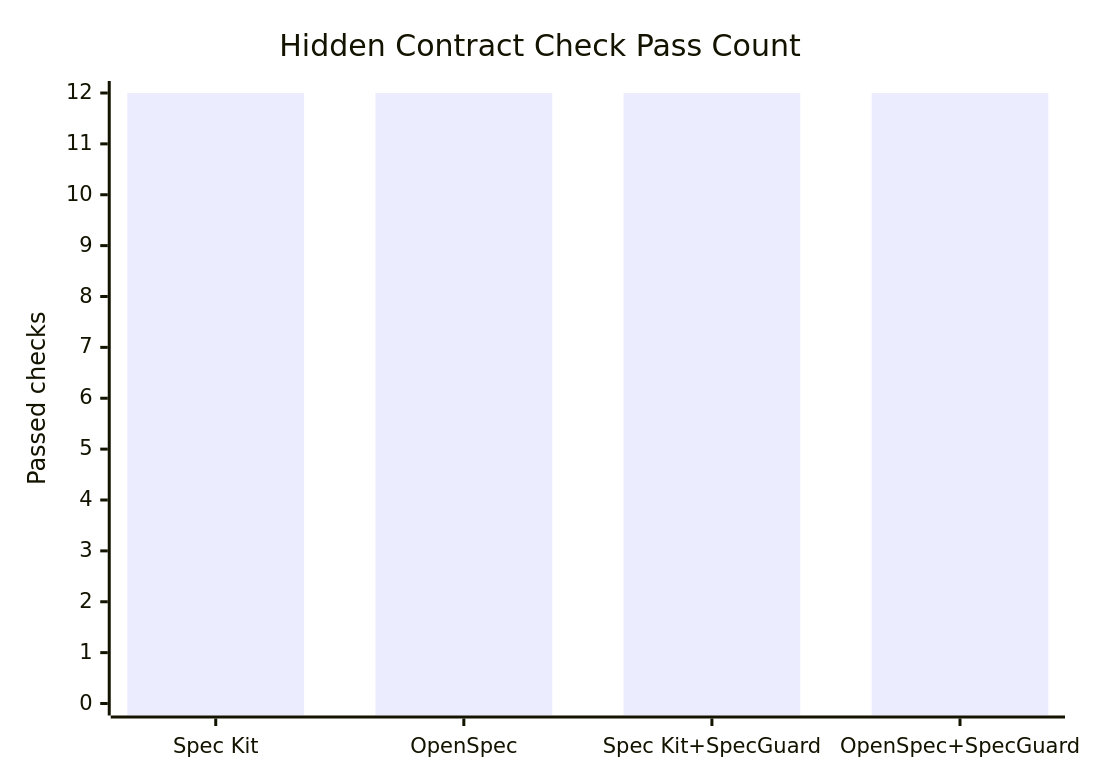
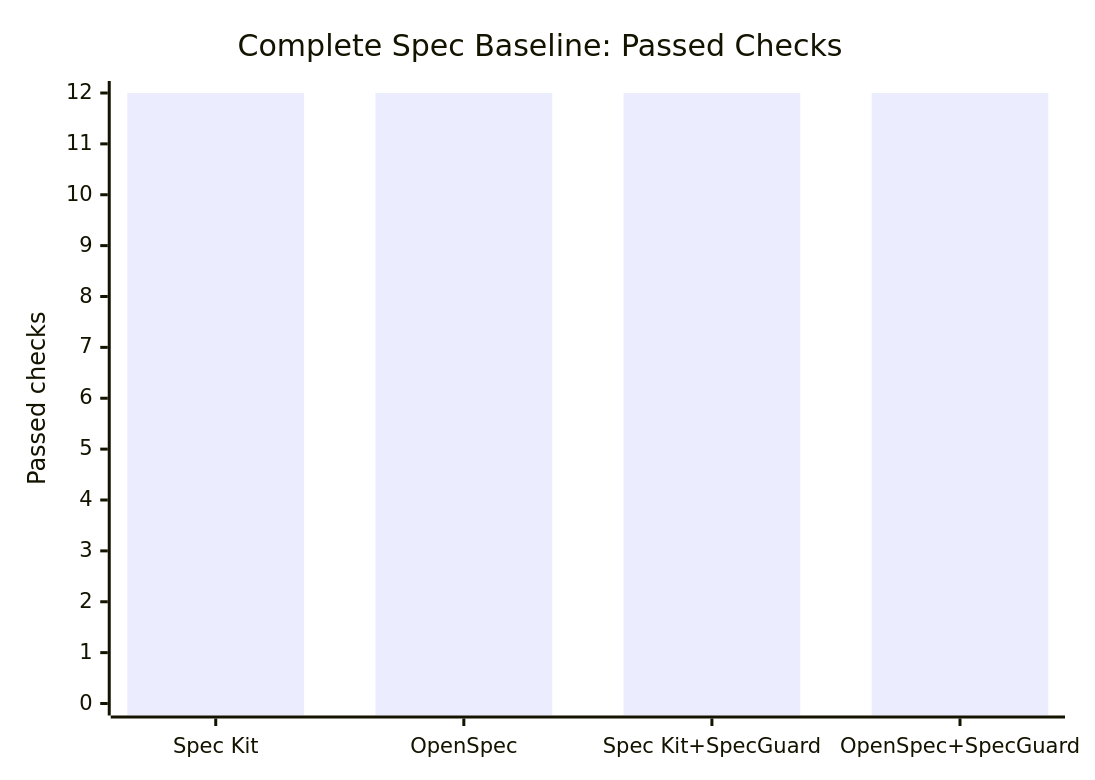
The third of 4 diagrams in docs/spec-driven-benchmark.md (KoreaNirsa/spec-guard), drawn with Mermaid before and after one commit. The commit also changed other lines of this file, not shown here.

````diff
--- a/docs/spec-driven-benchmark.md
+++ b/docs/spec-driven-benchmark.md
@@ -153,7 +155,7 @@
 ```mermaid
 xychart-beta
-  title "Hidden Contract Check Pass Count"
+  title "Complete Spec Baseline: Passed Checks"
   x-axis ["Spec Kit", "OpenSpec", "Spec Kit+SpecGuard", "OpenSpec+SpecGuard"]
   y-axis "Passed checks" 0 --> 12
   bar [12, 12, 12, 12]
 ```
````
